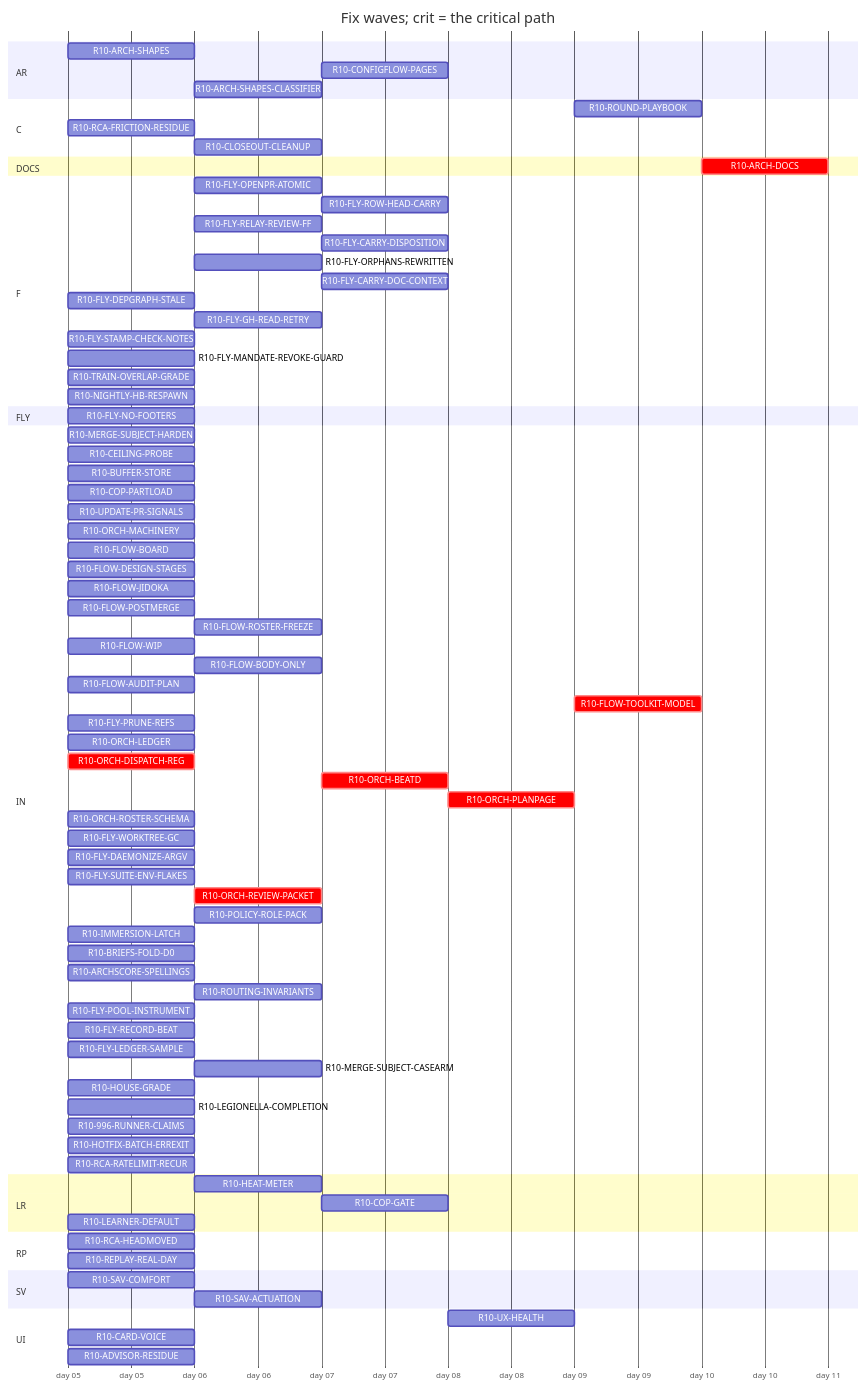
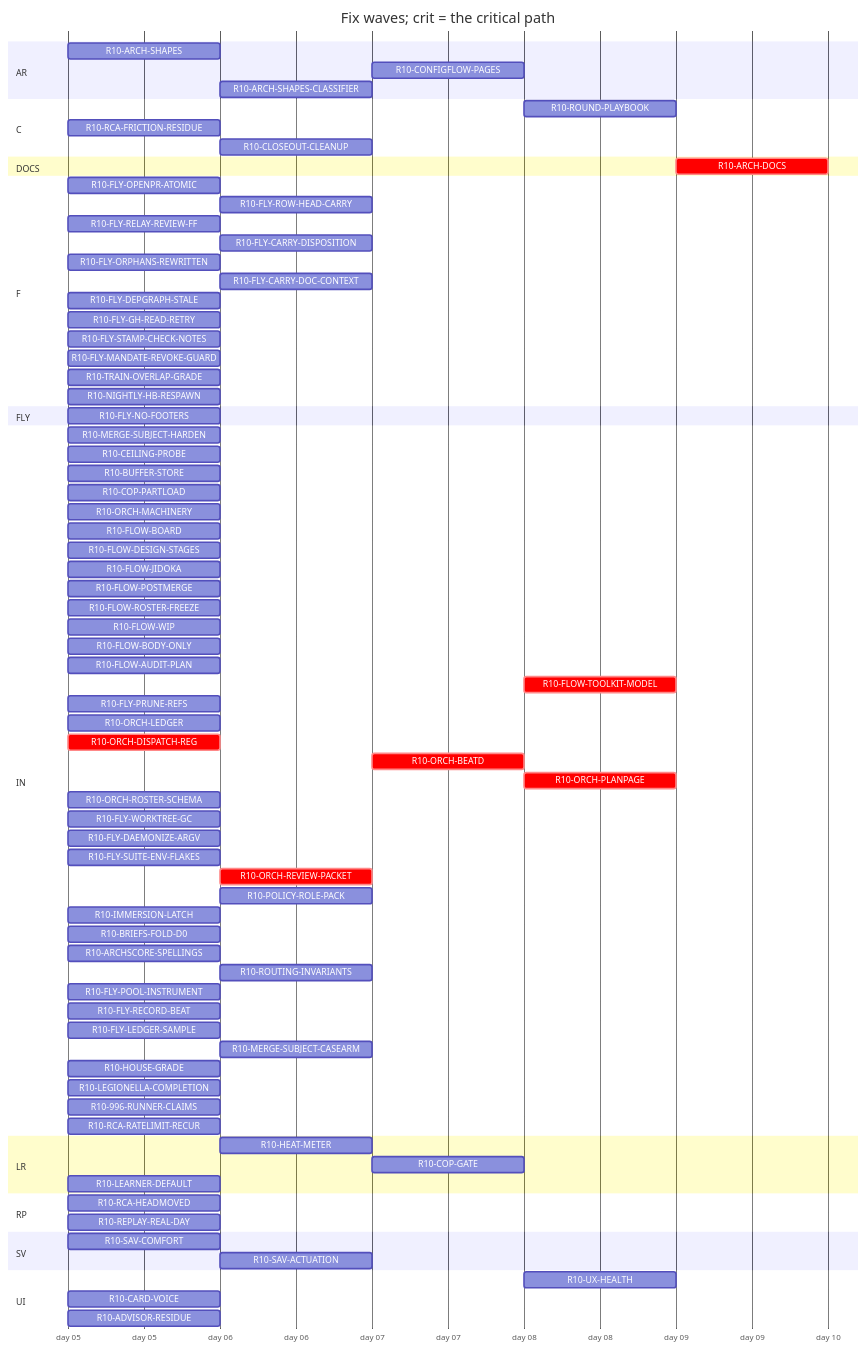
Before and after one commit to tvofi/heatpump_optimizer: the diagram in handoff/round10/state/PLAN-TABLE.md, drawn with Mermaid. The commit also changed other lines of this file and 2 other files, not shown here.

```diff
--- a/handoff/round10/state/PLAN-TABLE.md
+++ b/handoff/round10/state/PLAN-TABLE.md
@@ -34,16 +34,16 @@
     R10-RCA-FRICTION-RESIDUE :r10RCAFRICTIONRESIDUE, 2026-01-05, 1d
     R10-CLOSEOUT-CLEANUP :r10CLOSEOUTCLEANUP, after r10FLYPRUNEREFS r10FLYWORKTREEGC, 1d
   section DOCS
-    R10-ARCH-DOCS :crit, r10ARCHDOCS, after r10ARCHSHAPES r10HEATMETER r10COPGATE r10UXHEALTH r10CONFIGFLOWPAGES r10RCAHEADMOVED r10SAVCOMFORT r10MERGESUBJECTHARDEN r10CEILINGPROBE r10BUFFERSTORE r10COPPARTLOAD r10UPDATEPRSIGNALS r10CARDVOICE r10LEARNERDEFAULT r10FLOWBOARD r10FLOWDESIGNSTAGES r10FLOWJIDOKA r10FLOWPOSTMERGE r10FLOWROSTERFREEZE r10FLOWWIP r10FLOWBODYONLY r10FLYOPENPRATOMIC r10FLYROWHEADCARRY r10FLOWAUDITPLAN r10FLYRELAYREVIEWFF r10FLYCARRYDISPOSITION r10FLYORPHANSREWRITTEN r10FLYCARRYDOCCONTEXT r10FLYDEPGRAPHSTALE r10FLOWTOOLKITMODEL r10FLYSTAMPCHECKNOTES r10FLYMANDATEREVOKEGUARD r10RCAFRICTIONRESIDUE r10TRAINOVERLAPGRADE r10NIGHTLYHBRESPAWN r10FLYPRUNEREFS r10ORCHLEDGER r10ORCHDISPATCHREG r10ORCHBEATD r10ORCHPLANPAGE r10ORCHROSTERSCHEMA r10FLYWORKTREEGC r10FLYDAEMONIZEARGV r10ORCHREVIEWPACKET r10POLICYROLEPACK r10IMMERSIONLATCH r10ADVISORRESIDUE r10BRIEFSFOLDD0 r10REPLAYREALDAY r10ARCHSCORESPELLINGS r10SAVACTUATION r10FLYLEDGERSAMPLE r10LEGIONELLACOMPLETION, 1d
+    R10-ARCH-DOCS :crit, r10ARCHDOCS, after r10ARCHSHAPES r10HEATMETER r10COPGATE r10UXHEALTH r10CONFIGFLOWPAGES r10RCAHEADMOVED r10SAVCOMFORT r10MERGESUBJECTHARDEN r10CEILINGPROBE r10BUFFERSTORE r10COPPARTLOAD r10CARDVOICE r10LEARNERDEFAULT r10FLOWBOARD r10FLOWDESIGNSTAGES r10FLOWJIDOKA r10FLOWPOSTMERGE r10FLOWROSTERFREEZE r10FLOWWIP r10FLOWBODYONLY r10FLYOPENPRATOMIC r10FLYROWHEADCARRY r10FLOWAUDITPLAN r10FLYRELAYREVIEWFF r10FLYCARRYDISPOSITION r10FLYORPHANSREWRITTEN r10FLYCARRYDOCCONTEXT r10FLYDEPGRAPHSTALE r10FLOWTOOLKITMODEL r10FLYSTAMPCHECKNOTES r10FLYMANDATEREVOKEGUARD r10RCAFRICTIONRESIDUE r10TRAINOVERLAPGRADE r10NIGHTLYHBRESPAWN r10FLYPRUNEREFS r10ORCHLEDGER r10ORCHDISPATCHREG r10ORCHBEATD r10ORCHPLANPAGE r10ORCHROSTERSCHEMA r10FLYWORKTREEGC r10FLYDAEMONIZEARGV r10ORCHREVIEWPACKET r10POLICYROLEPACK r10IMMERSIONLATCH r10ADVISORRESIDUE r10BRIEFSFOLDD0 r10REPLAYREALDAY r10ARCHSCORESPELLINGS r10SAVACTUATION r10FLYLEDGERSAMPLE r10LEGIONELLACOMPLETION, 1d
   section F
-    R10-FLY-OPENPR-ATOMIC :r10FLYOPENPRATOMIC, after r10UPDATEPRSIGNALS, 1d
+    R10-FLY-OPENPR-ATOMIC :r10FLYOPENPRATOMIC, 2026-01-05, 1d
     R10-FLY-ROW-HEAD-CARRY :r10FLYROWHEADCARRY, after r10FLYOPENPRATOMIC, 1d
-    R10-FLY-RELAY-REVIEW-FF :r10FLYRELAYREVIEWFF, after r10UPDATEPRSIGNALS, 1d
+    R10-FLY-RELAY-REVIEW-FF :r10FLYRELAYREVIEWFF, 2026-01-05, 1d
     R10-FLY-CARRY-DISPOSITION :r10FLYCARRYDISPOSITION, after r10FLYORPHANSREWRITTEN, 1d
-    R10-FLY-ORPHANS-REWRITTEN :r10FLYORPHANSREWRITTEN, after r10UPDATEPRSIGNALS, 1d
+    R10-FLY-ORPHANS-REWRITTEN :r10FLYORPHANSREWRITTEN, 2026-01-05, 1d
     R10-FLY-CARRY-DOC-CONTEXT :r10FLYCARRYDOCCONTEXT, after r10FLYGHREADRETRY, 1d
     R10-FLY-DEPGRAPH-STALE :r10FLYDEPGRAPHSTALE, 2026-01-05, 1d
-    R10-FLY-GH-READ-RETRY :r10FLYGHREADRETRY, after r10UPDATEPRSIGNALS, 1d
+    R10-FLY-GH-READ-RETRY :r10FLYGHREADRETRY, 2026-01-05, 1d
     R10-FLY-STAMP-CHECK-NOTES :r10FLYSTAMPCHECKNOTES, 2026-01-05, 1d
     R10-FLY-MANDATE-REVOKE-GUARD :r10FLYMANDATEREVOKEGUARD, 2026-01-05, 1d
     R10-TRAIN-OVERLAP-GRADE :r10TRAINOVERLAPGRADE, 2026-01-05, 1d
@@ -55,15 +55,14 @@
     R10-CEILING-PROBE :r10CEILINGPROBE, 2026-01-05, 1d
     R10-BUFFER-STORE :r10BUFFERSTORE, 2026-01-05, 1d
     R10-COP-PARTLOAD :r10COPPARTLOAD, 2026-01-05, 1d
-    R10-UPDATE-PR-SIGNALS :r10UPDATEPRSIGNALS, 2026-01-05, 1d
     R10-ORCH-MACHINERY :r10ORCHMACHINERY, 2026-01-05, 1d
     R10-FLOW-BOARD :r10FLOWBOARD, 2026-01-05, 1d
     R10-FLOW-DESIGN-STAGES :r10FLOWDESIGNSTAGES, 2026-01-05, 1d
     R10-FLOW-JIDOKA :r10FLOWJIDOKA, 2026-01-05, 1d
     R10-FLOW-POSTMERGE :r10FLOWPOSTMERGE, 2026-01-05, 1d
-    R10-FLOW-ROSTER-FREEZE :r10FLOWROSTERFREEZE, after r10UPDATEPRSIGNALS, 1d
+    R10-FLOW-ROSTER-FREEZE :r10FLOWROSTERFREEZE, 2026-01-05, 1d
     R10-FLOW-WIP :r10FLOWWIP, 2026-01-05, 1d
-    R10-FLOW-BODY-ONLY :r10FLOWBODYONLY, after r10UPDATEPRSIGNALS, 1d
+    R10-FLOW-BODY-ONLY :r10FLOWBODYONLY, 2026-01-05, 1d
     R10-FLOW-AUDIT-PLAN :r10FLOWAUDITPLAN, 2026-01-05, 1d
     R10-FLOW-TOOLKIT-MODEL :crit, r10FLOWTOOLKITMODEL, after r10ORCHPLANPAGE, 1d
     R10-FLY-PRUNE-REFS :r10FLYPRUNEREFS, 2026-01-05, 1d
@@ -88,7 +87,6 @@
     R10-HOUSE-GRADE :r10HOUSEGRADE, 2026-01-05, 1d
     R10-LEGIONELLA-COMPLETION :r10LEGIONELLACOMPLETION, 2026-01-05, 1d
     R10-996-RUNNER-CLAIMS :r10996RUNNERCLAIMS, 2026-01-05, 1d
-    R10-HOTFIX-BATCH-ERREXIT :r10HOTFIXBATCHERREXIT, 2026-01-05, 1d
     R10-RCA-RATELIMIT-RECUR :r10RCARATELIMITRECUR, 2026-01-05, 1d
   section LR
     R10-HEAT-METER :r10HEATMETER, after r10ARCHSHAPES, 1d
```
